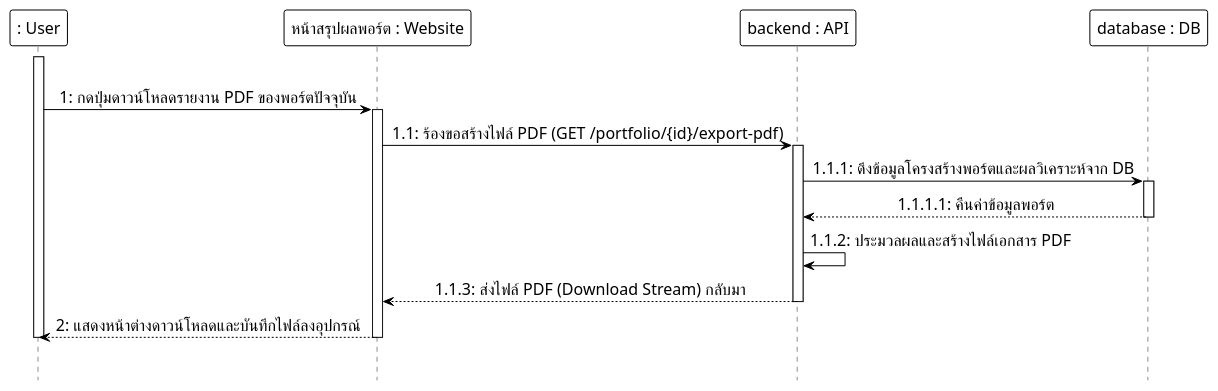
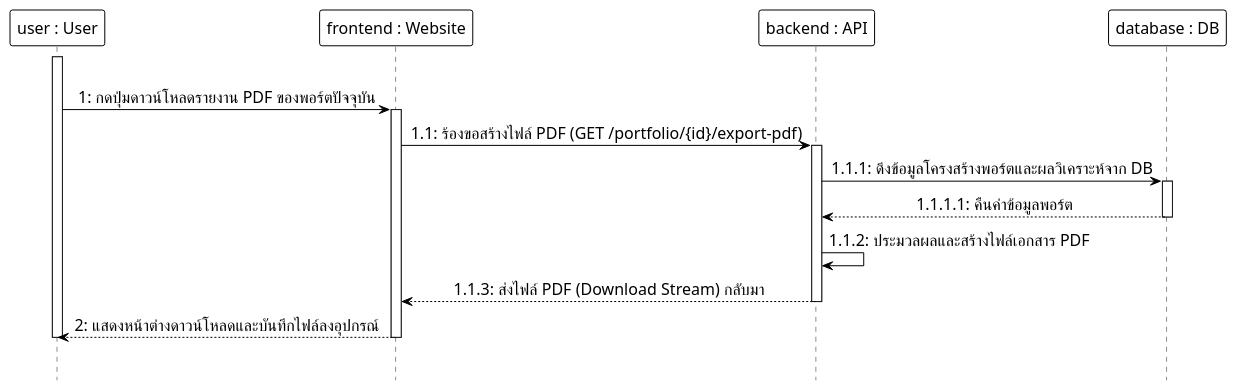
The eighth of 15 diagrams in docs/diagrams/plantuml_source/plantuml_sequence_diagrams.md (Anatta-at/my-portfolio-app), drawn with PlantUML before and after one commit. The commit also changed other lines of this file and 16 other files, not shown here.

Commit message:
docs: Update diagram swimlanes and participants to use instance : Class notation

````diff
--- a/docs/diagrams/plantuml_source/plantuml_sequence_diagrams.md
+++ b/docs/diagrams/plantuml_source/plantuml_sequence_diagrams.md
@@ -413,43 +413,43 @@
 ```plantuml
 @startuml
 hide footbox
 skinparam monochrome true
 skinparam shadowing false
 skinparam backgroundcolor transparent
 skinparam ParticipantMinHeight 60
 skinparam ParticipantMinWidth 160
 skinparam ParticipantBackgroundColor white
 skinparam ParticipantBorderColor black
 skinparam ParticipantBorderThickness 1.0
 skinparam ParticipantFontSize 16
 skinparam LifeLineBackgroundColor white
 skinparam LifeLineBorderColor black
 skinparam LifeLineBorderThickness 1.0
 skinparam ArrowColor black
 skinparam ArrowFontSize 16
 skinparam sequenceMessageAlign center
 
-participant ": User" as User
-participant "หน้าสรุปผลพอร์ต : Website" as Frontend
+participant "user : User" as User
+participant "frontend : Website" as Frontend
 participant "backend : API" as Backend
 participant "database : DB" as DB
 
 |||
 activate User
 User -> Frontend: 1: กดปุ่มดาวน์โหลดรายงาน PDF ของพอร์ตปัจจุบัน
 activate Frontend
 Frontend -> Backend: 1.1: ร้องขอสร้างไฟล์ PDF (GET /portfolio/{id}/export-pdf)
 activate Backend
 Backend -> DB: 1.1.1: ดึงข้อมูลโครงสร้างพอร์ตและผลวิเคราะห์จาก DB
 activate DB
 DB --> Backend: 1.1.1.1: คืนค่าข้อมูลพอร์ต
 deactivate DB
 Backend -> Backend: 1.1.2: ประมวลผลและสร้างไฟล์เอกสาร PDF
 Backend --> Frontend: 1.1.3: ส่งไฟล์ PDF (Download Stream) กลับมา
 deactivate Backend
 Frontend --> User: 2: แสดงหน้าต่างดาวน์โหลดและบันทึกไฟล์ลงอุปกรณ์
 deactivate Frontend
 deactivate User
 |||
 @enduml
 ```
````
